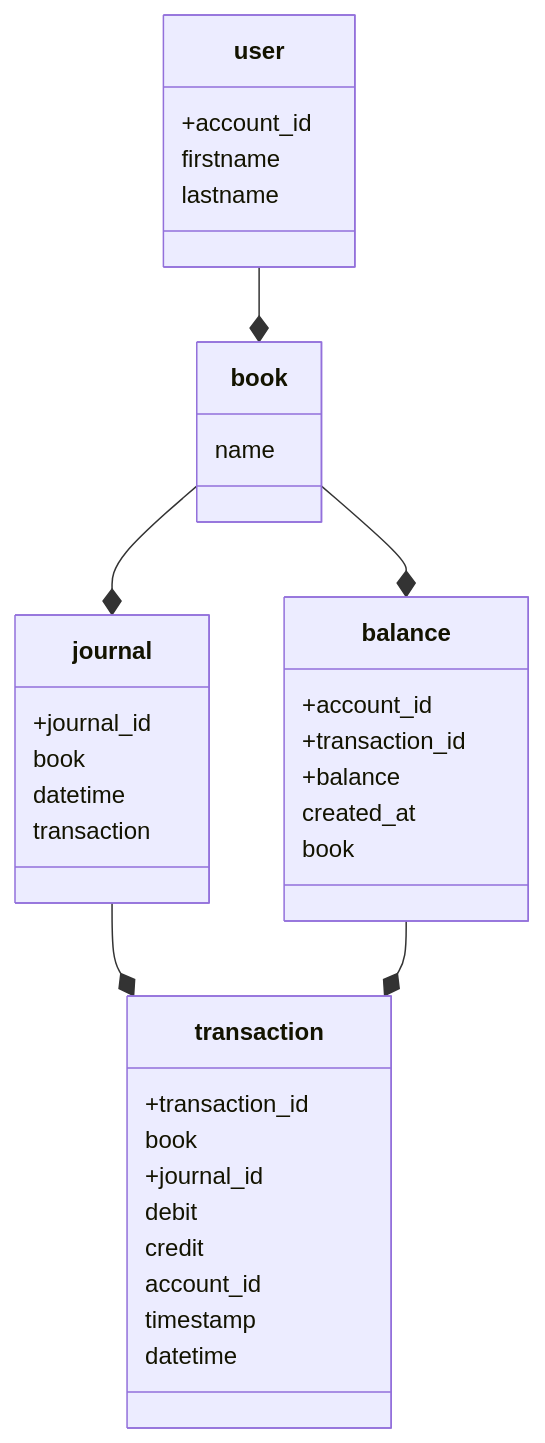
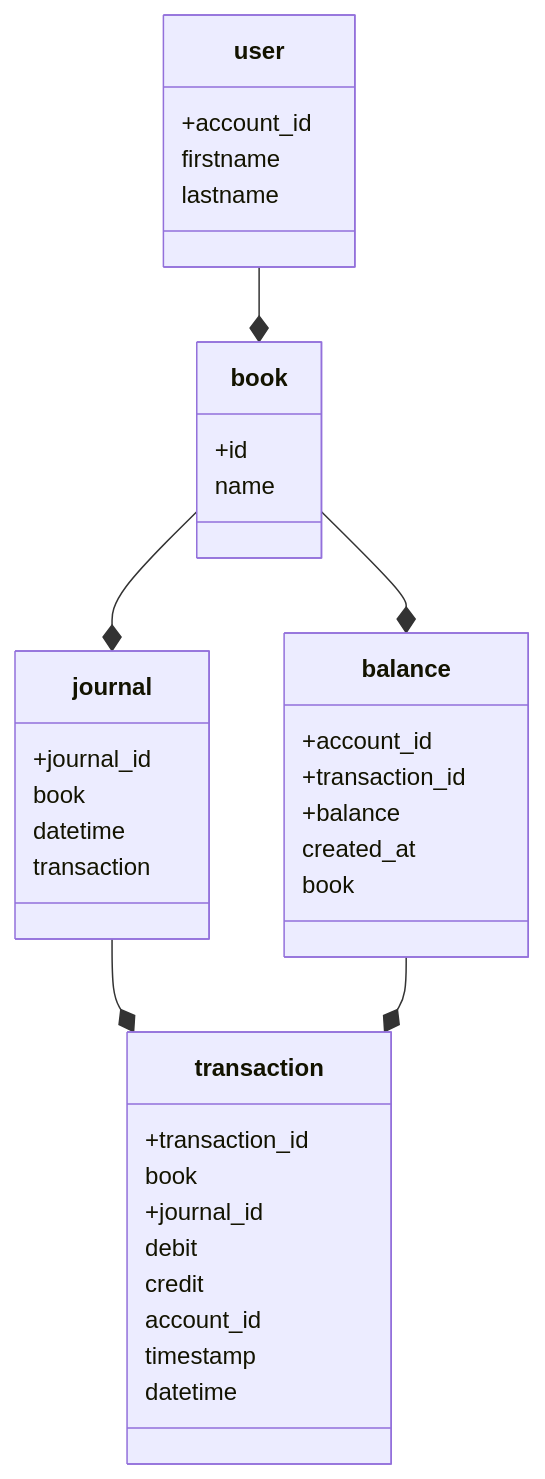
The second of 2 diagrams in README.md (BallChart123/gamefi-gem), drawn with Mermaid before and after one commit. The commit also changed 14 other files, not shown here.

````diff
--- a/README.md
+++ b/README.md
@@ -21,46 +21,47 @@
 ``` mermaid
 
 classDiagram
     class transaction{
         +transaction_id
         book
         +journal_id
         debit
         credit
         account_id
         timestamp
         datetime
 
 
     }
     class user {
         +account_id
         firstname
         lastname
         
     }
     class balance {
         +account_id
         +transaction_id
         +balance
         created_at
         book
 
     }
     class journal{
         +journal_id
         book
         datetime
         transaction
 
     }
     class book {
+        +id
         name
     }
    
   journal --* transaction
   book --* balance
   book --* journal
   balance --* transaction
   user --* book
 ```
````
